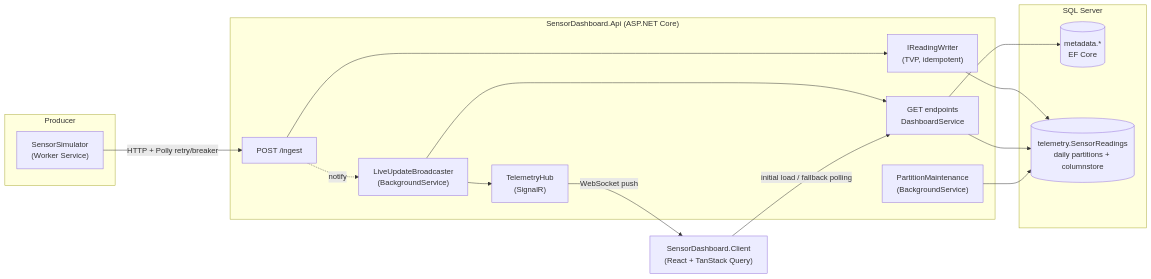
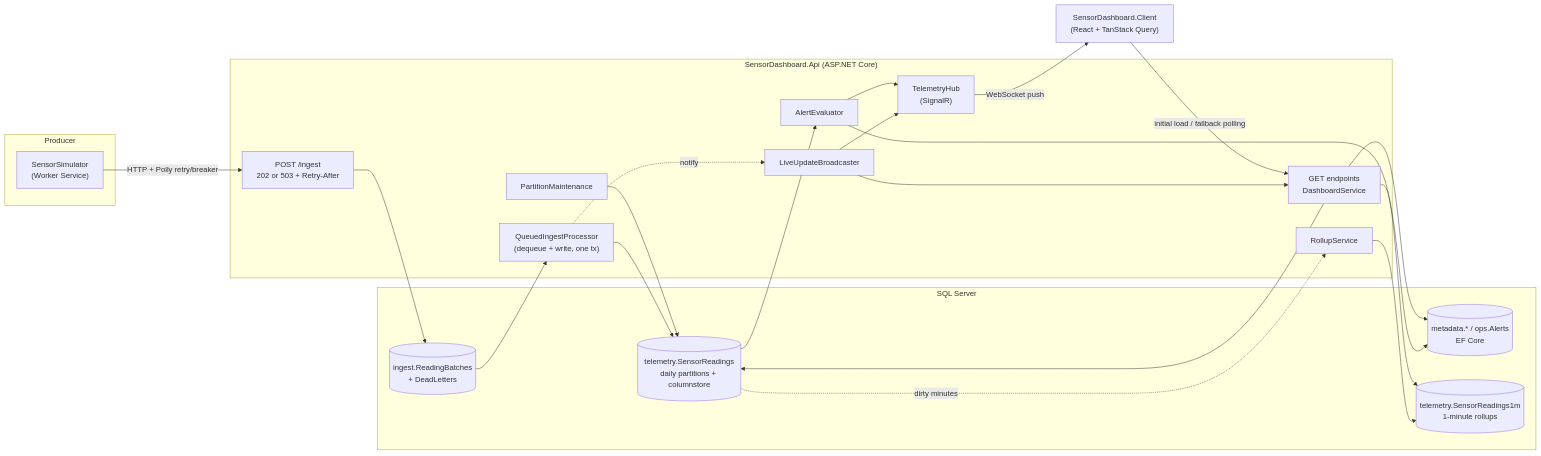
One commit to longle7/WarehouseTracker changed the diagram in README.md. Above: the diagram before and after it, drawn with Mermaid. The commit also changed other lines of this file and 63 other files, not shown here.

````diff
--- a/README.md
+++ b/README.md
@@ -5,29 +5,37 @@
 ```mermaid
 flowchart LR
     subgraph Producer
         SIM["SensorSimulator<br/>(Worker Service)"]
     end
     subgraph API["SensorDashboard.Api (ASP.NET Core)"]
-        ING["POST /ingest"]
-        W["IReadingWriter<br/>(TVP, idempotent)"]
+        ING["POST /ingest<br/>202 or 503 + Retry-After"]
+        P["QueuedIngestProcessor<br/>(dequeue + write, one tx)"]
         Q["GET endpoints<br/>DashboardService"]
-        B["LiveUpdateBroadcaster<br/>(BackgroundService)"]
+        B["LiveUpdateBroadcaster"]
+        AE["AlertEvaluator"]
+        RU["RollupService"]
         HUB["TelemetryHub<br/>(SignalR)"]
-        PM["PartitionMaintenance<br/>(BackgroundService)"]
+        PM["PartitionMaintenance"]
     end
     subgraph SQL["SQL Server"]
-        META[("metadata.*<br/>EF Core")]
+        QU[("ingest.ReadingBatches<br/>+ DeadLetters")]
+        META[("metadata.* / ops.Alerts<br/>EF Core")]
         TS[("telemetry.SensorReadings<br/>daily partitions + columnstore")]
+        R1[("telemetry.SensorReadings1m<br/>1-minute rollups")]
     end
     UI["SensorDashboard.Client<br/>(React + TanStack Query)"]
 
     SIM -- "HTTP + Polly retry/breaker" --> ING
-    ING --> W --> TS
-    ING -. notify .-> B
+    ING --> QU --> P --> TS
+    P -. notify .-> B
+    TS -. dirty minutes .-> RU --> R1
+    TS --> AE --> META
     B --> Q
     Q --> META
     Q --> TS
+    Q --> R1
     B --> HUB -- "WebSocket push" --> UI
+    AE --> HUB
     UI -- "initial load / fallback polling" --> Q
     PM --> TS
 ```
````
